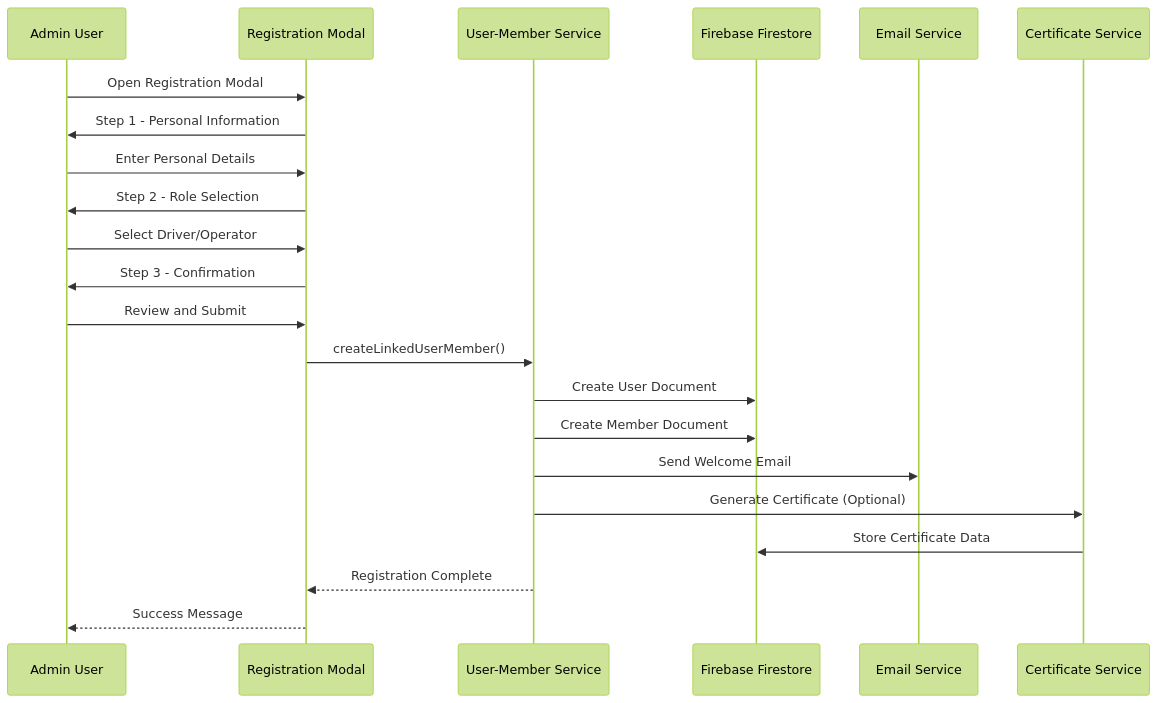
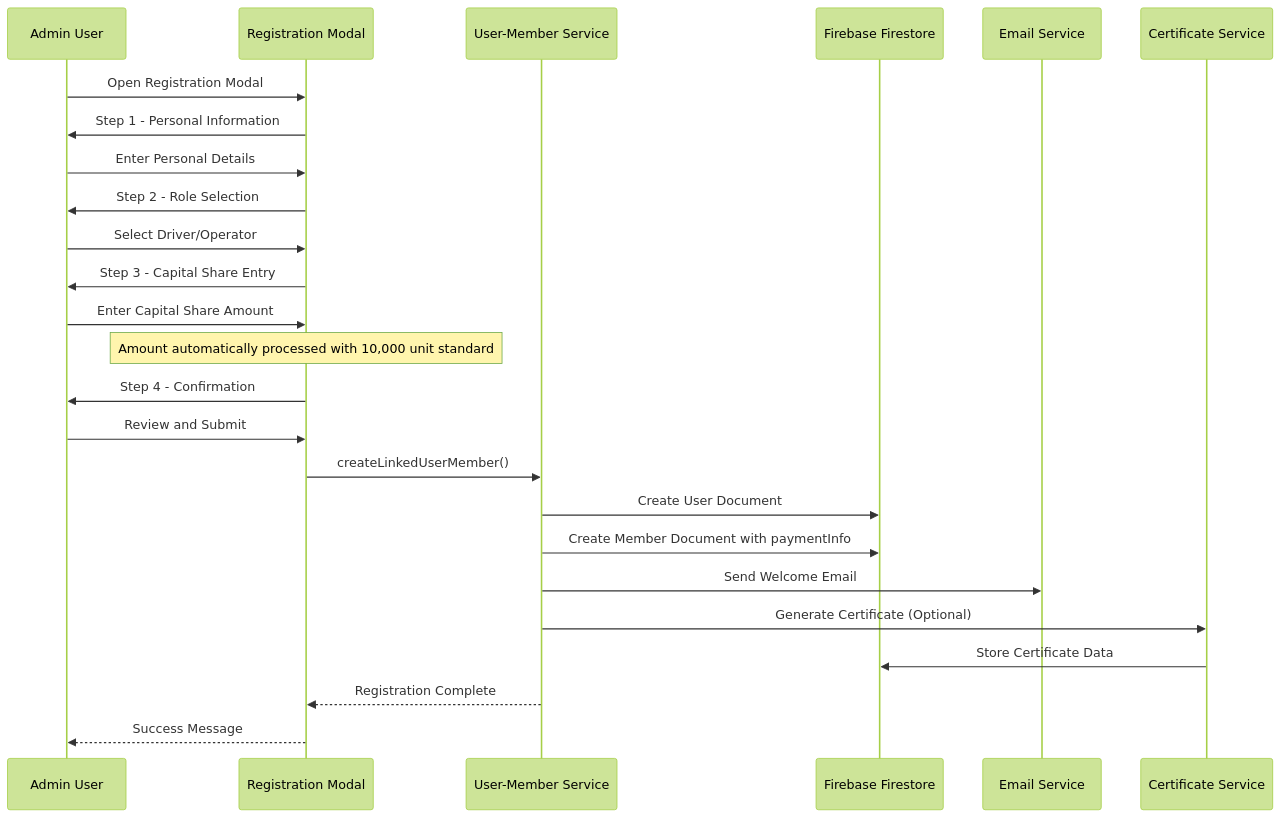
Before and after one commit to Unsure-bry/sampacoop_system: the sixth of 12 diagrams in .qoder/repowiki/en/content/Project Overview/Core Features & Functionality/Administrative Features/Capital Shares Management System.md, drawn with Mermaid (forest theme). The commit also changed other lines of this file and 5 other files, not shown here.

````diff
--- a/.qoder/repowiki/en/content/Project Overview/Core Features & Functionality/Administrative Features/Capital Shares Management System.md
+++ b/.qoder/repowiki/en/content/Project Overview/Core Features & Functionality/Administrative Features/Capital Shares Management System.md
@@ -261,24 +325,27 @@
 ```mermaid
 sequenceDiagram
 participant Admin as Admin User
 participant Modal as Registration Modal
 participant Service as User-Member Service
 participant Firestore as Firebase Firestore
 participant Email as Email Service
 participant Certificate as Certificate Service
 Admin->>Modal : Open Registration Modal
 Modal->>Admin : Step 1 - Personal Information
 Admin->>Modal : Enter Personal Details
 Modal->>Admin : Step 2 - Role Selection
 Admin->>Modal : Select Driver/Operator
-Modal->>Admin : Step 3 - Confirmation
+Modal->>Admin : Step 3 - Capital Share Entry
+Admin->>Modal : Enter Capital Share Amount
+Note over Modal : Amount automatically processed with 10,000 unit standard
+Modal->>Admin : Step 4 - Confirmation
 Admin->>Modal : Review and Submit
 Modal->>Service : createLinkedUserMember()
 Service->>Firestore : Create User Document
-Service->>Firestore : Create Member Document
+Service->>Firestore : Create Member Document with paymentInfo
 Service->>Email : Send Welcome Email
 Service->>Certificate : Generate Certificate (Optional)
 Certificate->>Firestore : Store Certificate Data
 Service-->>Modal : Registration Complete
 Modal-->>Admin : Success Message
 ```
````
